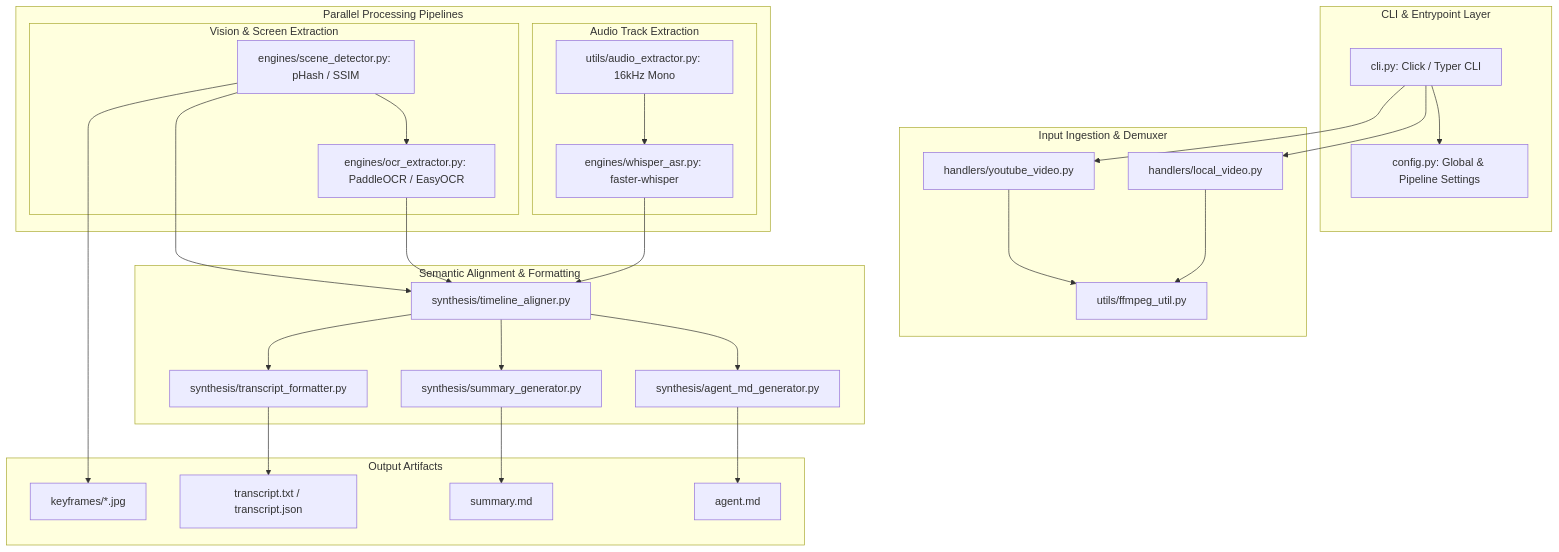
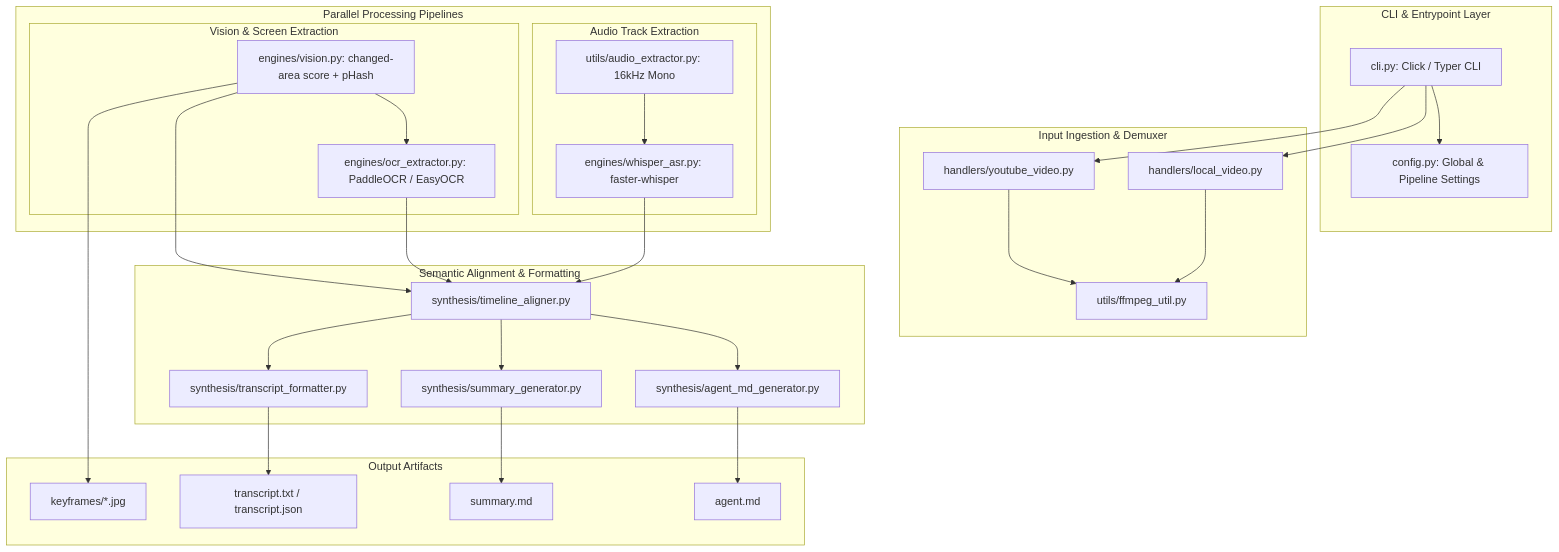
The first of 3 diagrams in docs/GRAPHIFY.md (akrimahuzaifa/video-analyzer), drawn with Mermaid before and after one commit. The commit also changed 29 other files, not shown here.

````diff
--- a/docs/GRAPHIFY.md
+++ b/docs/GRAPHIFY.md
@@ -9,59 +9,59 @@
 ```mermaid
 graph TD
     subgraph CLI [CLI & Entrypoint Layer]
         Main[cli.py: Click / Typer CLI]
         Config[config.py: Global & Pipeline Settings]
         Main --> Config
     end
 
     subgraph IngestionLayer [Input Ingestion & Demuxer]
         LocalHandler[handlers/local_video.py]
         YTHandler[handlers/youtube_video.py]
         FFmpegWrapper[utils/ffmpeg_util.py]
         Main --> LocalHandler
         Main --> YTHandler
         LocalHandler --> FFmpegWrapper
         YTHandler --> FFmpegWrapper
     end
 
     subgraph ExtractionLayer [Parallel Processing Pipelines]
         subgraph AudioPipeline [Audio Track Extraction]
             AudioExtractor[utils/audio_extractor.py: 16kHz Mono]
             WhisperEngine[engines/whisper_asr.py: faster-whisper]
             AudioExtractor --> WhisperEngine
         end
 
         subgraph VisionPipeline [Vision & Screen Extraction]
-            KeyframeDetector[engines/scene_detector.py: pHash / SSIM]
+            KeyframeDetector[engines/vision.py: changed-area score + pHash]
             OCREngine[engines/ocr_extractor.py: PaddleOCR / EasyOCR]
             KeyframeDetector --> OCREngine
         end
     end
 
     subgraph SynthesisLayer [Semantic Alignment & Formatting]
         Synthesizer[synthesis/timeline_aligner.py]
         AgentGenerator[synthesis/agent_md_generator.py]
         SummaryGenerator[synthesis/summary_generator.py]
         TranscriptFormatter[synthesis/transcript_formatter.py]
 
         WhisperEngine --> Synthesizer
         KeyframeDetector --> Synthesizer
         OCREngine --> Synthesizer
 
         Synthesizer --> AgentGenerator
         Synthesizer --> SummaryGenerator
         Synthesizer --> TranscriptFormatter
     end
 
     subgraph ArtifactStore [Output Artifacts]
         OutAgent[agent.md]
         OutSummary[summary.md]
         OutTranscript[transcript.txt / transcript.json]
         OutKeyframes[keyframes/*.jpg]
 
         AgentGenerator --> OutAgent
         SummaryGenerator --> OutSummary
         TranscriptFormatter --> OutTranscript
         KeyframeDetector --> OutKeyframes
     end
 ```
````
